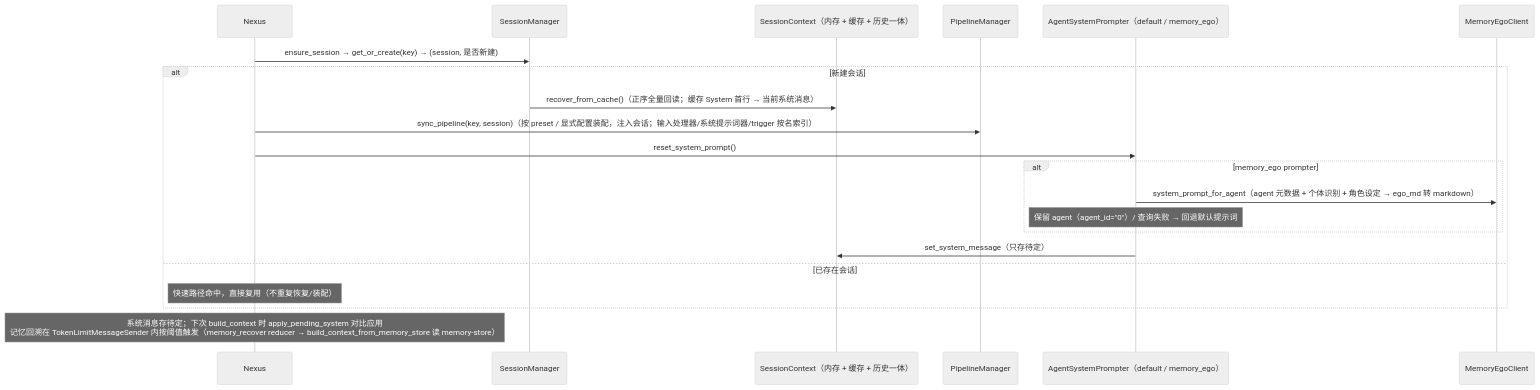
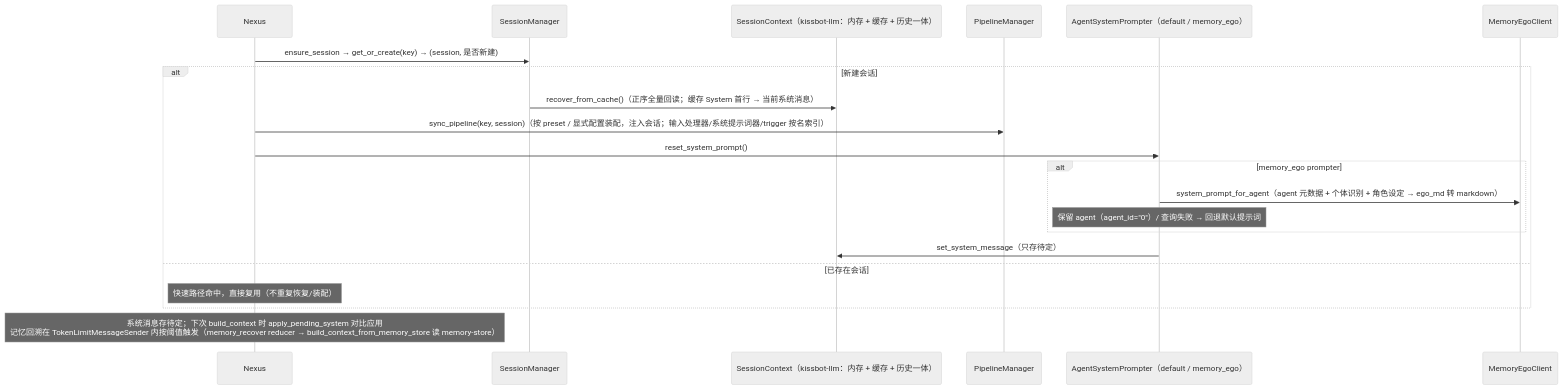
Before and after one commit to coldcloude/kissbot: the fifth of 5 diagrams in docs/spec/agent-modules.md, drawn with Mermaid (neutral theme). The commit also changed other lines of this file and 43 other files, not shown here.

````diff
--- a/docs/spec/agent-modules.md
+++ b/docs/spec/agent-modules.md
@@ -211,24 +217,24 @@
 ```mermaid
 sequenceDiagram
     participant CO as Nexus
     participant SM as SessionManager
-    participant SC as SessionContext（内存 + 缓存 + 历史一体）
+    participant SC as SessionContext（kissbot-llm：内存 + 缓存 + 历史一体）
     participant PLS as PipelineManager
     participant SP as AgentSystemPrompter（default / memory_ego）
     participant MEC as MemoryEgoClient
 
     CO->>SM: ensure_session → get_or_create(key) → (session, 是否新建)
     alt 新建会话
         SM->>SC: recover_from_cache()（正序全量回读；缓存 System 首行 → 当前系统消息）
         CO->>PLS: sync_pipeline(key, session)（按 preset / 显式配置装配，注入会话；输入处理器/系统提示词器/trigger 按名索引）
         CO->>SP: reset_system_prompt()
         alt memory_ego prompter
             SP->>MEC: system_prompt_for_agent（agent 元数据 + 个体识别 + 角色设定 → ego_md 转 markdown）
             Note over SP: 保留 agent（agent_id="0"）/ 查询失败 → 回退默认提示词
         end
         SP->>SC: set_system_message（只存待定）
     else 已存在会话
         Note over CO: 快速路径命中，直接复用（不重复恢复/装配）
     end
     Note over CO: 系统消息存待定；下次 build_context 时 apply_pending_system 对比应用<br/>记忆回溯在 TokenLimitMessageSender 内按阈值触发（memory_recover reducer → build_context_from_memory_store 读 memory-store）
 ```
````
